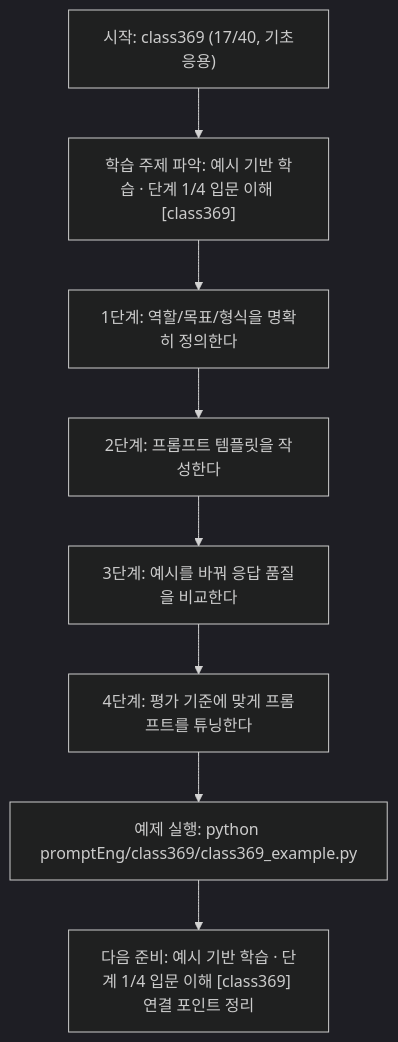
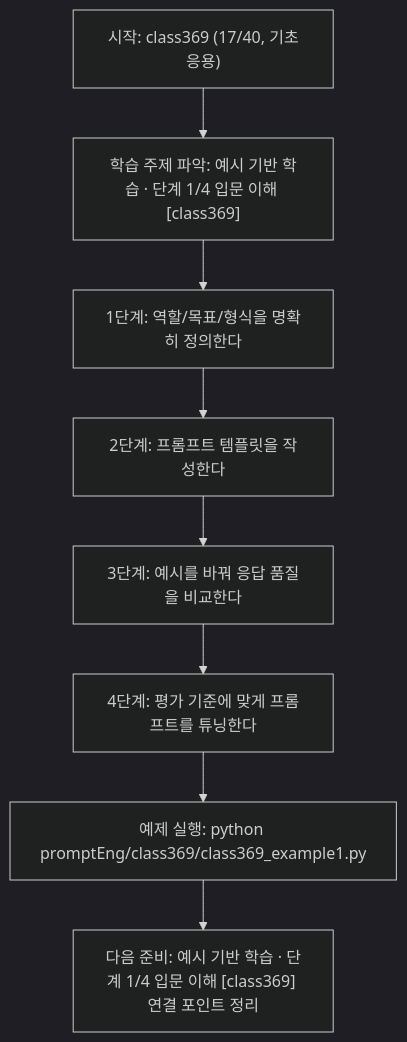
The diagram in promptEng/class369/class369.md (edumgt/Python-AI_Agent-Class), drawn with Mermaid (dark theme) before and after one commit. The commit also changed other lines of this file and 2959 other files, not shown here.

````diff
--- a/promptEng/class369/class369.md
+++ b/promptEng/class369/class369.md
@@ -110,18 +110,18 @@
 ```mermaid
 flowchart TD
 N1["시작: class369 (17/40, 기초응용)"]
 N2["학습 주제 파악: 예시 기반 학습 · 단계 1/4 입문 이해 [class369]"]
 N3["1단계: 역할/목표/형식을 명확히 정의한다"]
 N4["2단계: 프롬프트 템플릿을 작성한다"]
 N5["3단계: 예시를 바꿔 응답 품질을 비교한다"]
 N6["4단계: 평가 기준에 맞게 프롬프트를 튜닝한다"]
-N7["예제 실행: python promptEng/class369/class369_example.py"]
+N7["예제 실행: python promptEng/class369/class369_example1.py"]
 N8["다음 준비: 예시 기반 학습 · 단계 1/4 입문 이해 [class369] 연결 포인트 정리"]
 N1 --> N2
 N2 --> N3
 N3 --> N4
 N4 --> N5
 N5 --> N6
 N6 --> N7
 N7 --> N8
 ```
````
